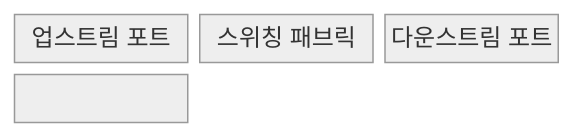
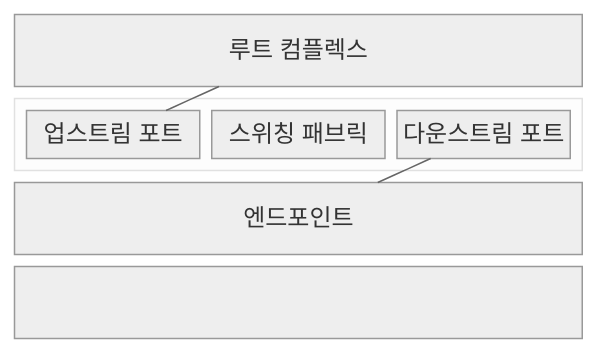
One commit to agnusdei1207/knowledge-base changed the first of 2 diagrams in src/content/docs/notes/02-hardware/079_pcie_switching.md. Above: the diagram before and after it, drawn with Mermaid (neutral theme). The commit also changed other lines of this file and 20 other files, not shown here.

````diff
--- a/src/content/docs/notes/02-hardware/079_pcie_switching.md
+++ b/src/content/docs/notes/02-hardware/079_pcie_switching.md
@@ -72,8 +74,15 @@
 ```mermaid
-block-beta
-  columns 3
+block
+  columns 1
+  R["루트 컴플렉스"]
+  block:SWITCH
+    columns 3
   A["업스트림 포트"]
   B["스위칭 패브릭"]
   C["다운스트림 포트"]
+  end
+  E["엔드포인트"]
+  R --- A
   A --- B --- C
+  C --- E
 ```
````
